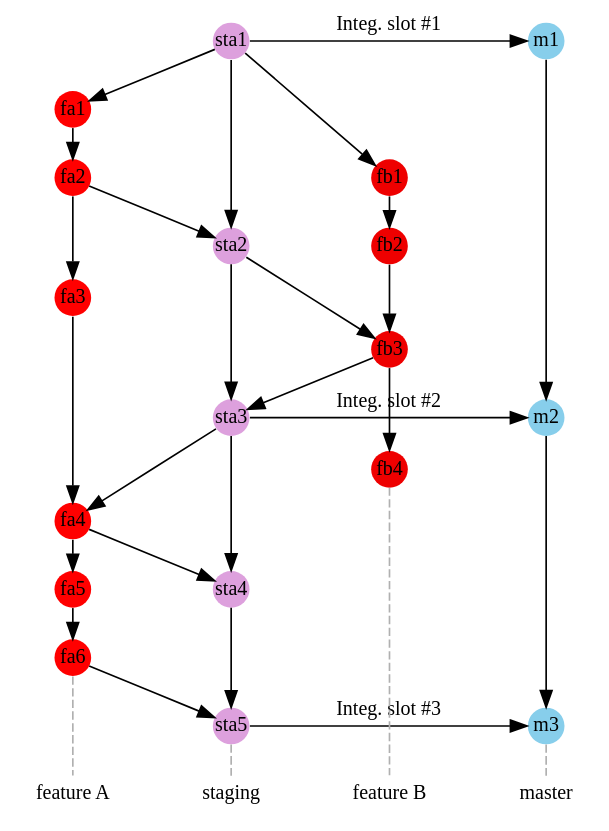
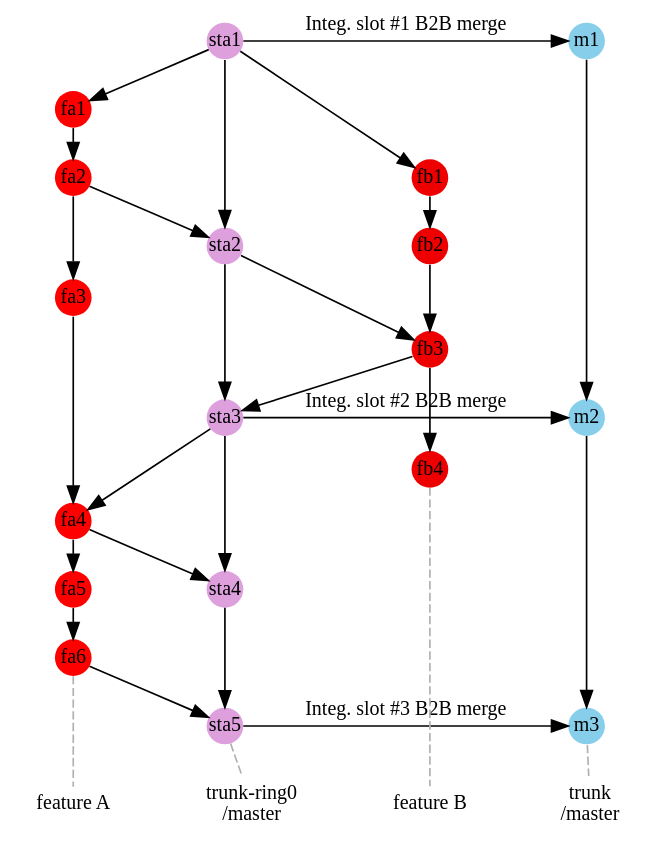
Before and after one commit to philippegabriel/XFormerBranchGraph: the diagram in step1.dot, drawn with Graphviz. The commit also changed 4 other files, not shown here.

```diff
--- a/step1.dot
+++ b/step1.dot
@@ -1,82 +1,82 @@
 strict digraph g{
 rankdir="TB";
 nodesep=0.5;
 ranksep=0.25;
 splines=line;
 forcelabels=false;
 
 // general
 node [style=filled, color="black", fontcolor="black", font="Consolas", fontsize="12pt"];
 edge [style=filled, color="black", fontcolor="black", font="Consolas", fontsize="12pt"];
 
 // branch names
 node [fixedsize=false, penwidth=0, fillcolor=none, shape=none, width=0, height=0, margin="0.05"];
 subgraph {
     rank=same;
-    master [label="master", group="master"];
-    staging [label="staging", group="staging"];
+    master [label="trunk\n/master", group="trunk"];
+    staging [label="trunk-ring0\n/master", group="trunk-ring0"];
     featA [label="feature A", group="featA"];
     featB [label="feature B", group="featB"];
 }
 
 // graph
 node [width=0.3, height=0.3, fixedsize=true, shape=circle,penwidth=0]
 
 node  [group="master", fillcolor="skyblue"];
 m1 [label="m1"];
 m2 [label="m2"];
 m3 [label="m3"];
 m1 -> m2 -> m3;
 m3 -> master [color="#b0b0b0", style=dashed, arrowhead=none ];
 
 node  [group="staging", fillcolor="plum"];
 sta1 [label="sta1"];
 sta2 [label="sta2"];
 sta3 [label="sta3"];
 sta4 [label="sta4"];
 sta5 [label="sta5"];
 sta1 -> sta2 -> sta3 -> sta4 -> sta5;
 sta5 -> staging [color="#b0b0b0", style=dashed, arrowhead=none ];
 
 node  [group="featA", fillcolor="red"];
 fa1 [label="fa1"];
 fa2 [label="fa2"];
 fa3 [label="fa3"];
 fa4 [label="fa4"];
 fa5 [label="fa5"];
 fa6 [label="fa6"];
 fa1 -> fa2 -> fa3 -> fa4 -> fa5 -> fa6;
 fa6 -> featA [color="#b0b0b0", style=dashed, arrowhead=none ];
 
 node  [group="featB", fillcolor="red2"];
 fb1 [label="fb1"];
 fb2 [label="fb2"];
 fb3 [label="fb3"];
 fb4 [label="fb4"];
 fb1 -> fb2 -> fb3 -> fb4;
 fb4 -> featB [color="#b0b0b0", style=dashed, arrowhead=none ];
 
 //Feature A merge
 sta1 -> fa1;
 fa2 -> sta2;
 fa4 -> sta4;
 fa6 -> sta5;
 //Feature B merge
 fb3 -> sta3;
 sta2 -> fb3;
 sta3 -> fa4;
 sta1 -> fb1;
 //Staging branch merge to master
 subgraph  {
     rank="same";
-    sta1 -> m1 [label="Integ. slot #1"];
+    sta1 -> m1 [label="Integ. slot #1 B2B merge"];
 }
 subgraph  {
     rank="same";
-    sta3 -> m2 [label="Integ. slot #2"];
+    sta3 -> m2 [label="Integ. slot #2 B2B merge"];
 }
 subgraph  {
     rank="same";
-    sta5 -> m3 [label="Integ. slot #3"];
+    sta5 -> m3 [label="Integ. slot #3 B2B merge"];
 }
 }
```
